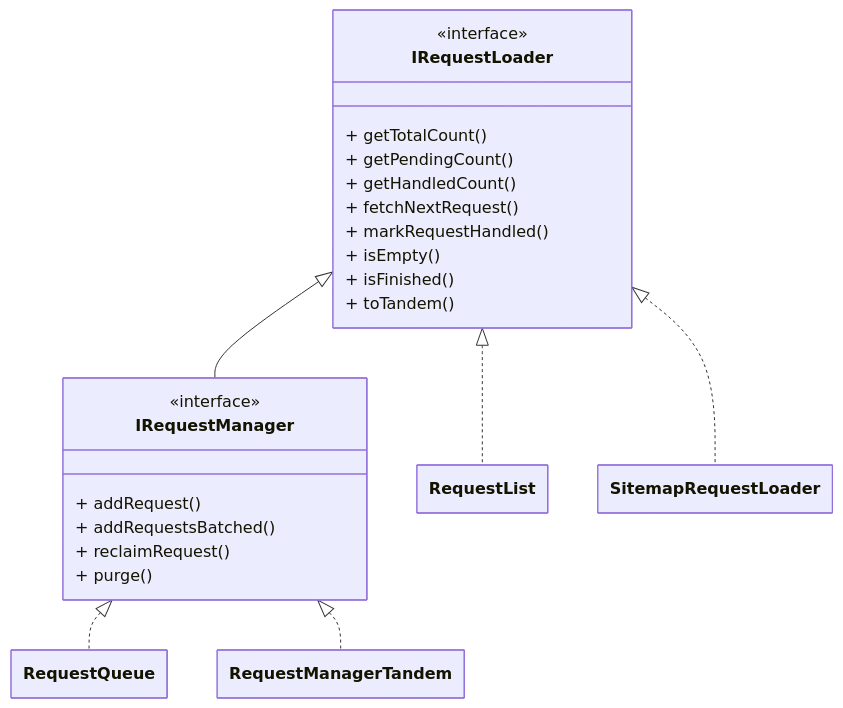
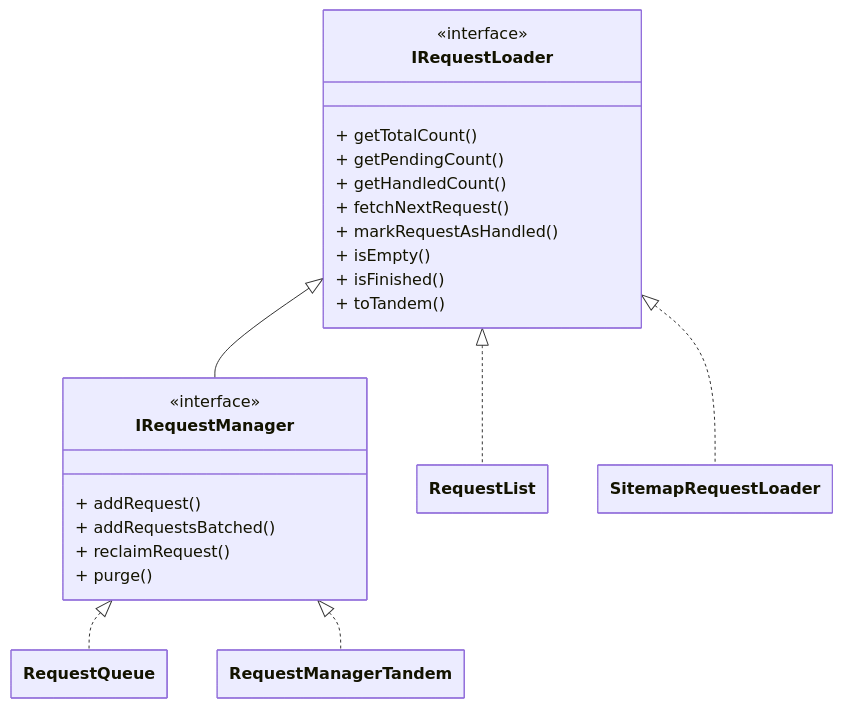
The diagram in docs/guides/request_loaders.mdx (apify/crawlee), drawn with Mermaid before and after one commit.

Commit message:
docs: Update stale naming

````diff
--- a/docs/guides/request_loaders.mdx
+++ b/docs/guides/request_loaders.mdx
@@ -37,55 +37,55 @@
 ```mermaid
 ---
 config:
     class:
         hideEmptyMembersBox: true
 ---
 
 classDiagram
 
 %% ========================
 %% Abstract interfaces
 %% ========================
 
 class IRequestLoader {
     <<interface>>
     + getTotalCount()
     + getPendingCount()
     + getHandledCount()
     + fetchNextRequest()
-    + markRequestHandled()
+    + markRequestAsHandled()
     + isEmpty()
     + isFinished()
     + toTandem()
 }
 
 class IRequestManager {
     <<interface>>
     + addRequest()
     + addRequestsBatched()
     + reclaimRequest()
     + purge()
 }
 
 %% ========================
 %% Concrete classes
 %% ========================
 
 class RequestQueue
 
 class RequestList
 
 class SitemapRequestLoader
 
 class RequestManagerTandem
 
 %% ========================
 %% Inheritance arrows
 %% ========================
 
 IRequestLoader <|-- IRequestManager
 IRequestLoader <|.. RequestList
 IRequestLoader <|.. SitemapRequestLoader
 IRequestManager <|.. RequestQueue
 IRequestManager <|.. RequestManagerTandem
 ```
````
